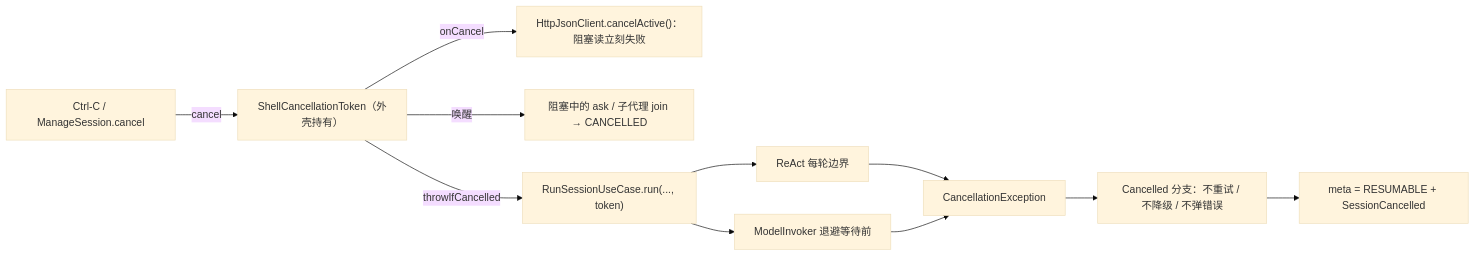
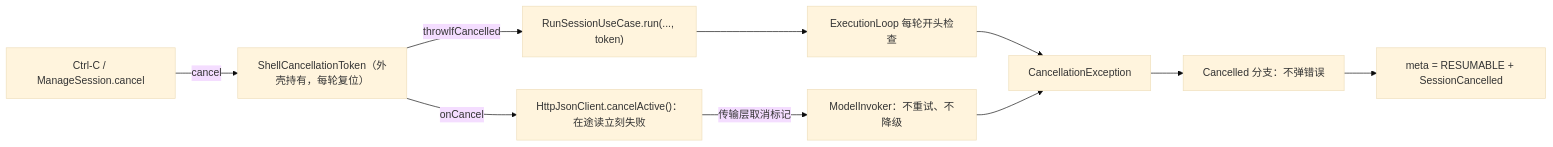
One commit to zcd0831/Jellyfish-Docs changed the eighth of 9 diagrams in model/模块-应用层.md. Above: the diagram before and after it, drawn with Mermaid (base theme). The commit also changed other lines of this file and 2 other files, not shown here.

Commit message:
docs(model): §8.4.1 按"令牌只到轮次边界"重写（M32）
- 取消令牌只下传到轮次边界：`RunSessionUseCase.run(..., token)` → `ExecutionLoop` 每轮开头检查
- 重试终止改由传输层取消标记保证（`ChatTransport.cancelledByUser()`），
  端口签名回到 `invoke(request)` / `invokeStreaming(request, ChunkSink)`
- 轮次外的调用（起标题、测试复跑）用 `CancellationToken.never()`
- 08-application.html 的 8.9.4.1 正文与图同步；M32 记录口径变化与代码落点

````diff
--- a/model/模块-应用层.md
+++ b/model/模块-应用层.md
@@ -436,13 +440,12 @@
 ```mermaid
 flowchart LR
-    K["Ctrl-C / ManageSession.cancel"] -->|cancel| T["ShellCancellationToken（外壳持有）"]
-    T -->|onCancel| H["HttpJsonClient.cancelActive()：阻塞读立刻失败"]
-    T -->|唤醒| A["阻塞中的 ask / 子代理 join → CANCELLED"]
+    K["Ctrl-C / ManageSession.cancel"] -->|cancel| T["ShellCancellationToken（外壳持有，每轮复位）"]
+    T -->|onCancel| H["HttpJsonClient.cancelActive()：在途读立刻失败"]
     T -->|throwIfCancelled| R["RunSessionUseCase.run(..., token)"]
-    R --> L1["ReAct 每轮边界"]
-    R --> L2["ModelInvoker 退避等待前"]
-    L1 --> X["CancellationException"]
-    L2 --> X
-    X --> C["Cancelled 分支：不重试 / 不降级 / 不弹错误"]
+    R --> E["ExecutionLoop 每轮开头检查"]
+    E --> X["CancellationException"]
+    H -->|传输层取消标记| M["ModelInvoker：不重试、不降级"]
+    M --> X
+    X --> C["Cancelled 分支：不弹错误"]
     C --> S["meta = RESUMABLE + SessionCancelled"]
 ```
````
